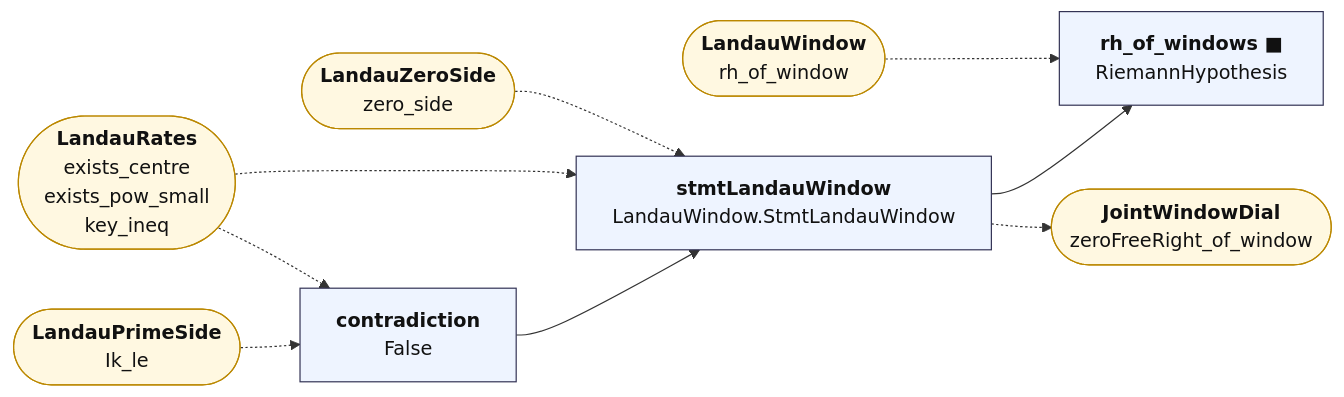
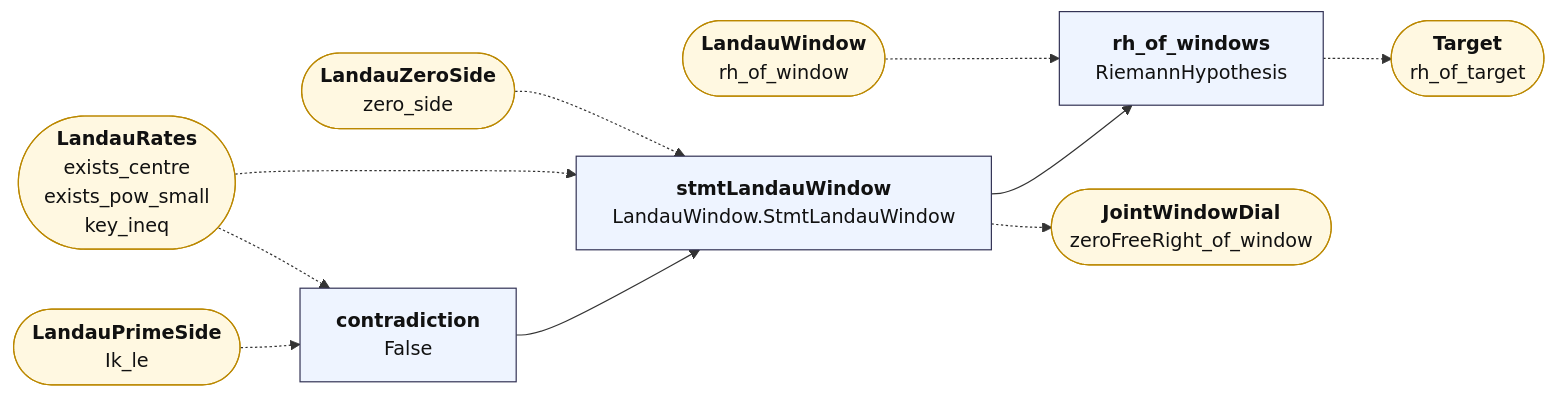
One commit to juliansambranojr/Primebeat_081426 changed the diagram in map/lean_stage3/LandauCriterion.md. Above: the diagram before and after it, drawn with Mermaid. The commit also changed other lines of this file and 28 other files, not shown here.

````diff
--- a/map/lean_stage3/LandauCriterion.md
+++ b/map/lean_stage3/LandauCriterion.md
@@ -12,27 +12,29 @@
 ```mermaid
 flowchart LR
   n0["<b>contradiction</b><br/>False"]:::thm
   n1["<b>stmtLandauWindow</b><br/>LandauWindow.StmtLandauWindow"]:::thm
-  n2["<b>rh_of_windows ■</b><br/>RiemannHypothesis"]:::thm
+  n2["<b>rh_of_windows</b><br/>RiemannHypothesis"]:::thm
   x0(["<b>LandauPrimeSide</b><br/>Ik_le"]):::ext
   x1(["<b>LandauRates</b><br/>exists_centre<br/>exists_pow_small<br/>key_ineq"]):::ext
   x2(["<b>LandauZeroSide</b><br/>zero_side"]):::ext
   x3(["<b>JointWindowDial</b><br/>zeroFreeRight_of_window"]):::ext
   x4(["<b>LandauWindow</b><br/>rh_of_window"]):::ext
+  x5(["<b>Target</b><br/>rh_of_target"]):::ext
   n0 --> n1
   n1 --> n2
   n1 -.-> x3
+  n2 -.-> x5
   x0 -.-> n0
   x1 -.-> n0
   x1 -.-> n1
   x2 -.-> n1
   x4 -.-> n2
   classDef cnt fill:#dff5ec,stroke:#17694a,color:#111
   classDef shp fill:#f1ecfb,stroke:#5b3fa0,color:#111
   classDef rh fill:#ffe5e5,stroke:#c22,color:#111,stroke-width:2px
   classDef thm fill:#eef4ff,stroke:#335,color:#111
   classDef end_ fill:#e7f7e7,stroke:#2a7,color:#111,stroke-width:2px
   classDef lone fill:#fff,stroke:#999,color:#111,stroke-dasharray:4 3
   classDef bad fill:#ffe5e5,stroke:#c22,color:#111,stroke-width:2px
   classDef ext fill:#fff8e1,stroke:#b80,color:#111
 ```
````
